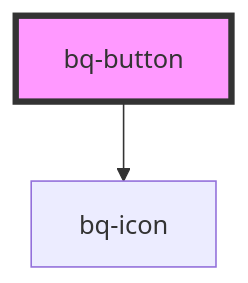
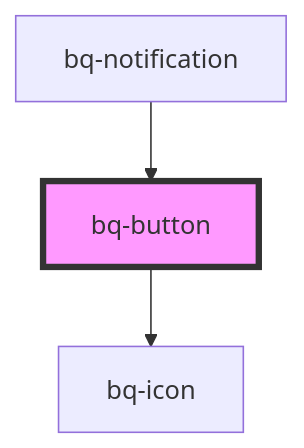
The diagram in packages/bee-q/src/components/button/readme.md (Endava/BEEQ), drawn with Mermaid before and after one commit. The commit also changed other lines of this file and 4 other files, not shown here.

````diff
--- a/packages/bee-q/src/components/button/readme.md
+++ b/packages/bee-q/src/components/button/readme.md
@@ -53,5 +57,6 @@
 ```mermaid
 graph TD;
   bq-button --> bq-icon
+  bq-notification --> bq-button
   style bq-button fill:#f9f,stroke:#333,stroke-width:4px
 ```
````
